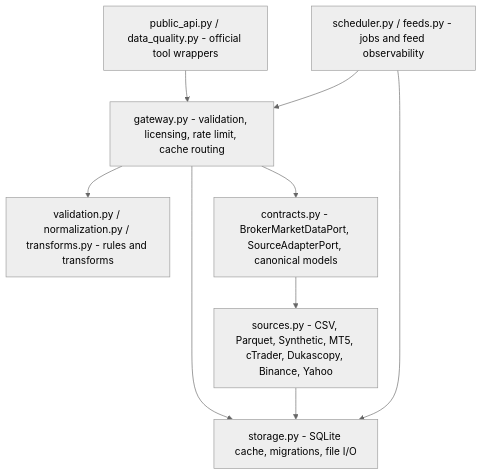
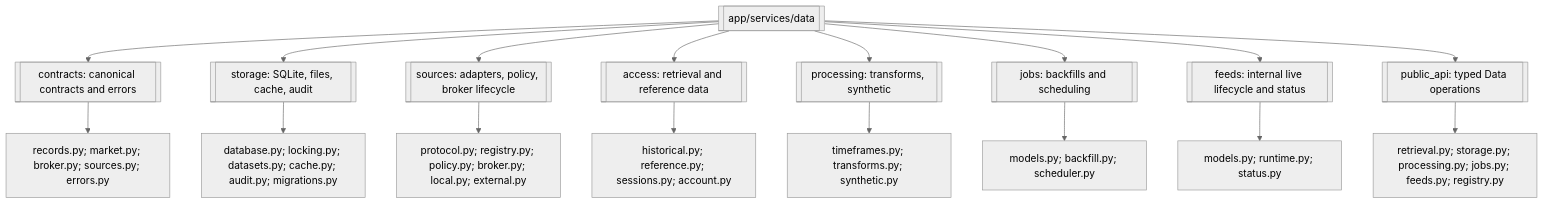
The first of 3 diagrams in app/services/data/README.md (haruperi/HaruQuantAI), drawn with Mermaid (neutral theme) before and after one commit. The commit also changed other lines of this file and 83 other files, not shown here.

````diff
--- a/app/services/data/README.md
+++ b/app/services/data/README.md
@@ -112,19 +152,21 @@
 ```mermaid
 flowchart TD
-    API[public_api.py / data_quality.py - official tool wrappers]
-    APP[gateway.py - validation, licensing, rate limit, cache routing]
-    LOGIC[validation.py / normalization.py / transforms.py - rules and transforms]
-    PORTS[contracts.py - BrokerMarketDataPort, SourceAdapterPort, canonical models]
-    ADAPTERS[sources.py - CSV, Parquet, Synthetic, MT5, cTrader, Dukascopy, Binance, Yahoo]
-    STORE[storage.py - SQLite cache, migrations, file I/O]
-    JOBS[scheduler.py / feeds.py - jobs and feed observability]
+    DATA[[app/services/data]]
+    DATA --> CONTRACTS[[contracts: canonical contracts and errors]]
+    DATA --> STORAGE[[storage: SQLite, files, cache, audit]]
+    DATA --> SOURCES[[sources: adapters, policy, broker lifecycle]]
+    DATA --> ACCESS[[access: retrieval and reference data]]
+    DATA --> PROCESSING[[processing: transforms, synthetic]]
+    DATA --> JOBS[[jobs: backfills and scheduling]]
+    DATA --> FEEDS[[feeds: internal live lifecycle and status]]
+    DATA --> API[[public_api: typed Data operations]]
 
-    API --> APP
-    APP --> LOGIC
-    APP --> PORTS
-    PORTS --> ADAPTERS
-    APP --> STORE
-    ADAPTERS --> STORE
-    JOBS --> APP
-    JOBS --> STORE
+    CONTRACTS --> CFILES[records.py; market.py; broker.py; sources.py; errors.py]
+    STORAGE --> STFILES[database.py; locking.py; datasets.py; cache.py; audit.py; migrations.py]
+    SOURCES --> SOFILES[protocol.py; registry.py; policy.py; broker.py; local.py; external.py]
+    ACCESS --> AFILES[historical.py; reference.py; sessions.py; account.py]
+    PROCESSING --> PFILES[timeframes.py; transforms.py; synthetic.py]
+    JOBS --> JFILES[models.py; backfill.py; scheduler.py]
+    FEEDS --> FFILES[models.py; runtime.py; status.py]
+    API --> APIFILES[retrieval.py; storage.py; processing.py; jobs.py; feeds.py; registry.py]
 ```
````
